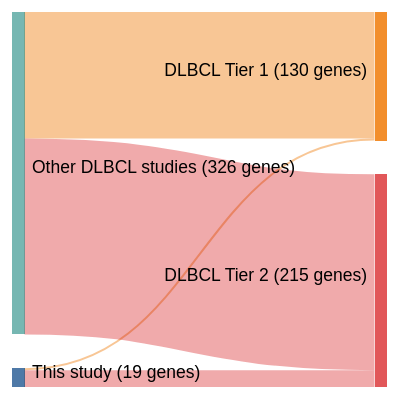
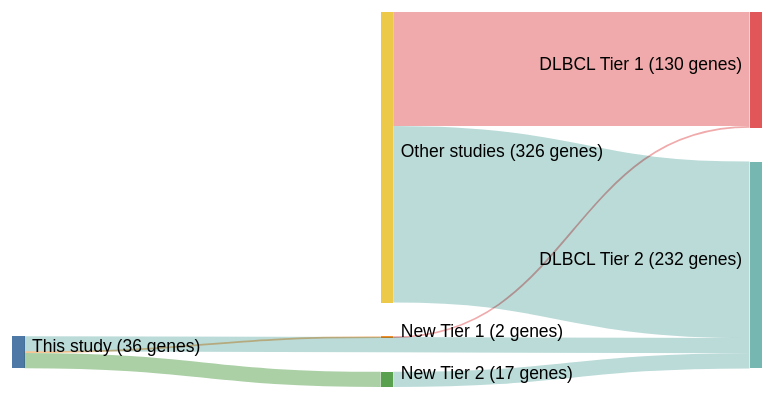
The diagram in papers/chapuyMolecularSubtypesDiffuse2018b.md (morinlab/lymphopedia), drawn with Mermaid (neutral theme) before and after one commit. The commit also changed 82 other files, not shown here.

````diff
--- a/papers/chapuyMolecularSubtypesDiffuse2018b.md
+++ b/papers/chapuyMolecularSubtypesDiffuse2018b.md
@@ -12,18 +12,21 @@
 ```mermaid
 ---
 config:
     sankey:
         showValues: true
         linkColor: target
-        width: 300
+        width: 600
         height: 300
         nodeAlignment: right
         prefix: '('
         suffix: ' genes)'
 ---
 sankey-beta
-This study, DLBCL Tier 1, 2
+This study, New Tier 1, 2
+New Tier 1, DLBCL Tier 1, 2
 This study, DLBCL Tier 2, 17
-Other DLBCL studies, DLBCL Tier 1, 128
-Other DLBCL studies, DLBCL Tier 2, 198
+This study, New Tier 2, 17
+New Tier 2, DLBCL Tier 2, 17
+Other studies, DLBCL Tier 1, 128
+Other studies, DLBCL Tier 2, 198
 ```
````
